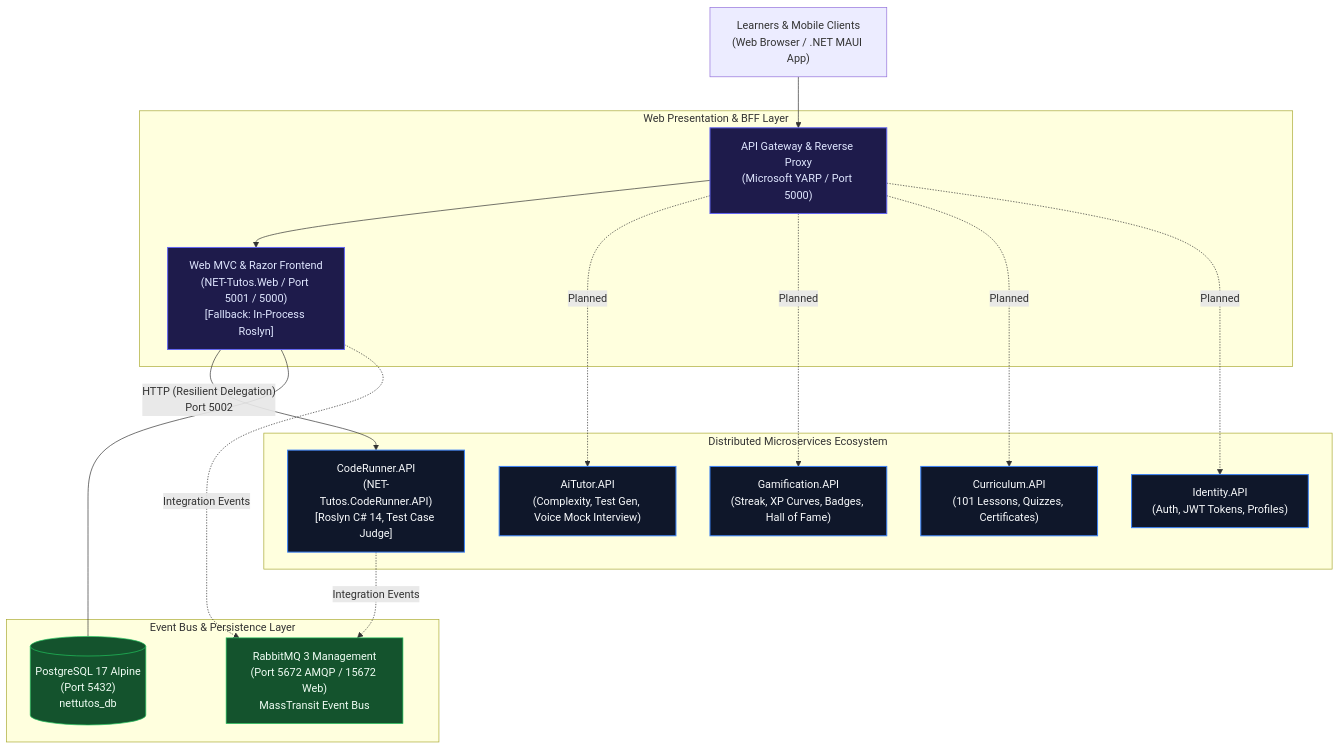
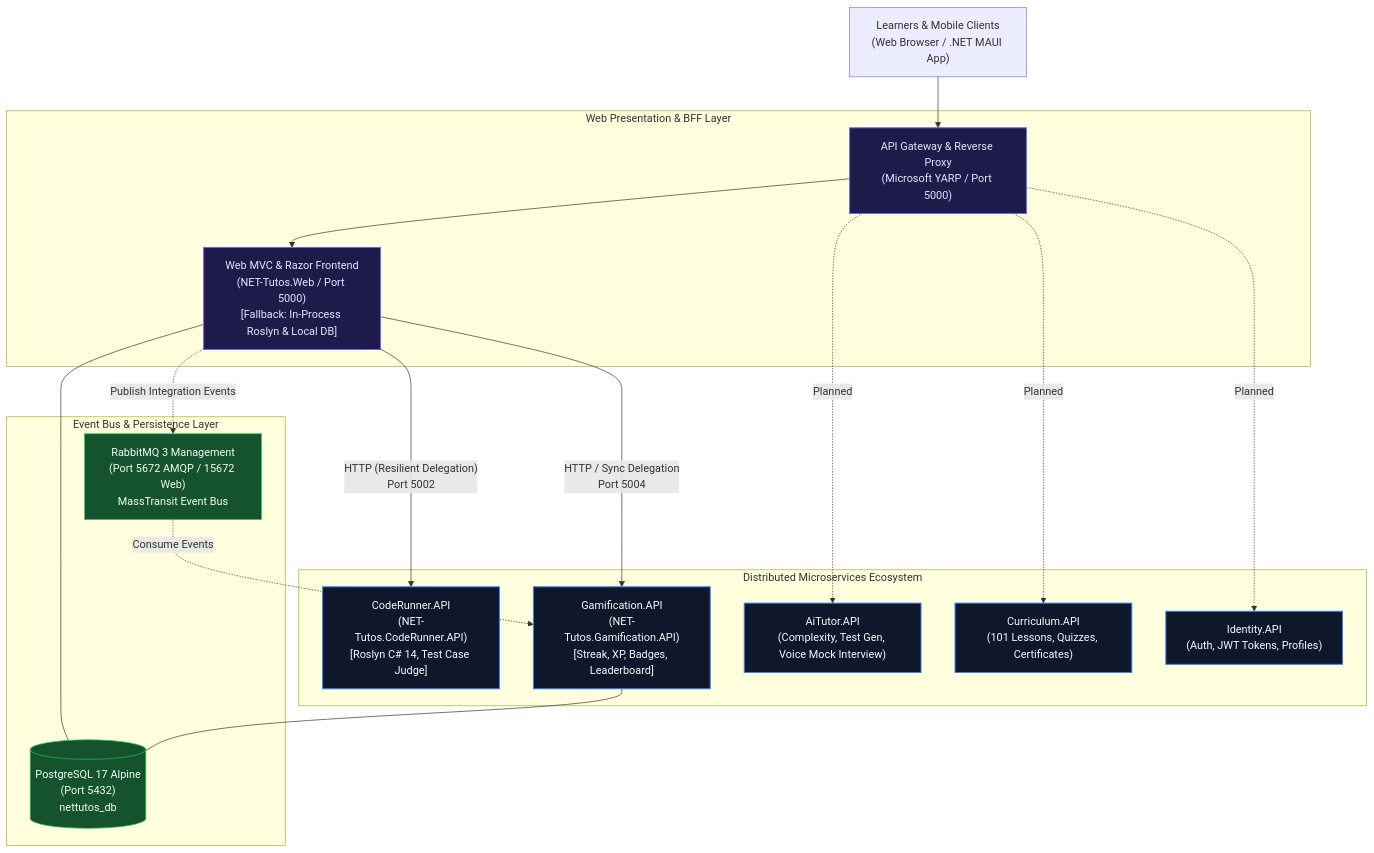
One commit to KaitoDeus/NET-Tutos changed the first of 2 diagrams in docs/09_microservices_architecture_and_migration.md. Above: the diagram before and after it, drawn with Mermaid. The commit also changed other lines of this file and 21 other files, not shown here.

Commit message:
feat(gamification): decouple Gamification.API microservice with event-driven MassTransit consumers

````diff
--- a/docs/09_microservices_architecture_and_migration.md
+++ b/docs/09_microservices_architecture_and_migration.md
@@ -23,33 +23,34 @@
 ```mermaid
 flowchart TD
     Clients["Learners & Mobile Clients\n(Web Browser / .NET MAUI App)"] --> YARP["API Gateway & Reverse Proxy\n(Microsoft YARP / Port 5000)"]
     
     subgraph Frontend_BFF["Web Presentation & BFF Layer"]
-        YARP --> WebApp["Web MVC & Razor Frontend\n(NET-Tutos.Web / Port 5001 / 5000)\n[Fallback: In-Process Roslyn]"]
+        YARP --> WebApp["Web MVC & Razor Frontend\n(NET-Tutos.Web / Port 5000)\n[Fallback: In-Process Roslyn & Local DB]"]
     end
 
     subgraph Microservices_Ecosystem["Distributed Microservices Ecosystem"]
         WebApp -- "HTTP (Resilient Delegation)\nPort 5002" --> SvcRunner["CodeRunner.API\n(NET-Tutos.CodeRunner.API)\n[Roslyn C# 14, Test Case Judge]"]
+        WebApp -- "HTTP / Sync Delegation\nPort 5004" --> SvcGamify["Gamification.API\n(NET-Tutos.Gamification.API)\n[Streak, XP, Badges, Leaderboard]"]
         YARP -. "Planned" .-> SvcAI["AiTutor.API\n(Complexity, Test Gen, Voice Mock Interview)"]
-        YARP -. "Planned" .-> SvcGamify["Gamification.API\n(Streak, XP Curves, Badges, Hall of Fame)"]
         YARP -. "Planned" .-> SvcCurriculum["Curriculum.API\n(101 Lessons, Quizzes, Certificates)"]
         YARP -. "Planned" .-> SvcIdentity["Identity.API\n(Auth, JWT Tokens, Profiles)"]
     end
 
     subgraph Messaging_Persistence["Event Bus & Persistence Layer"]
         RabbitMQ["RabbitMQ 3 Management\n(Port 5672 AMQP / 15672 Web)\nMassTransit Event Bus"]
         Postgres[("PostgreSQL 17 Alpine\n(Port 5432)\nnettutos_db")]
         
         WebApp --- Postgres
-        WebApp -. "Integration Events" .-> RabbitMQ
-        SvcRunner -. "Integration Events" .-> RabbitMQ
+        SvcGamify --- Postgres
+        WebApp -. "Publish Integration Events" .-> RabbitMQ
+        RabbitMQ -. "Consume Events" .-> SvcGamify
     end
 
     classDef gw fill:#1e1b4b,stroke:#6366f1,stroke-width:1.5px,color:#e0e7ff;
     classDef svc fill:#0f172a,stroke:#3b82f6,stroke-width:1.5px,color:#f8fafc;
     classDef infra fill:#14532d,stroke:#22c55e,stroke-width:1px,color:#f0fdf4;
 
     class YARP,WebApp gw;
     class SvcRunner,SvcAI,SvcGamify,SvcCurriculum,SvcIdentity svc;
     class RabbitMQ,Postgres infra;
 ```
````
